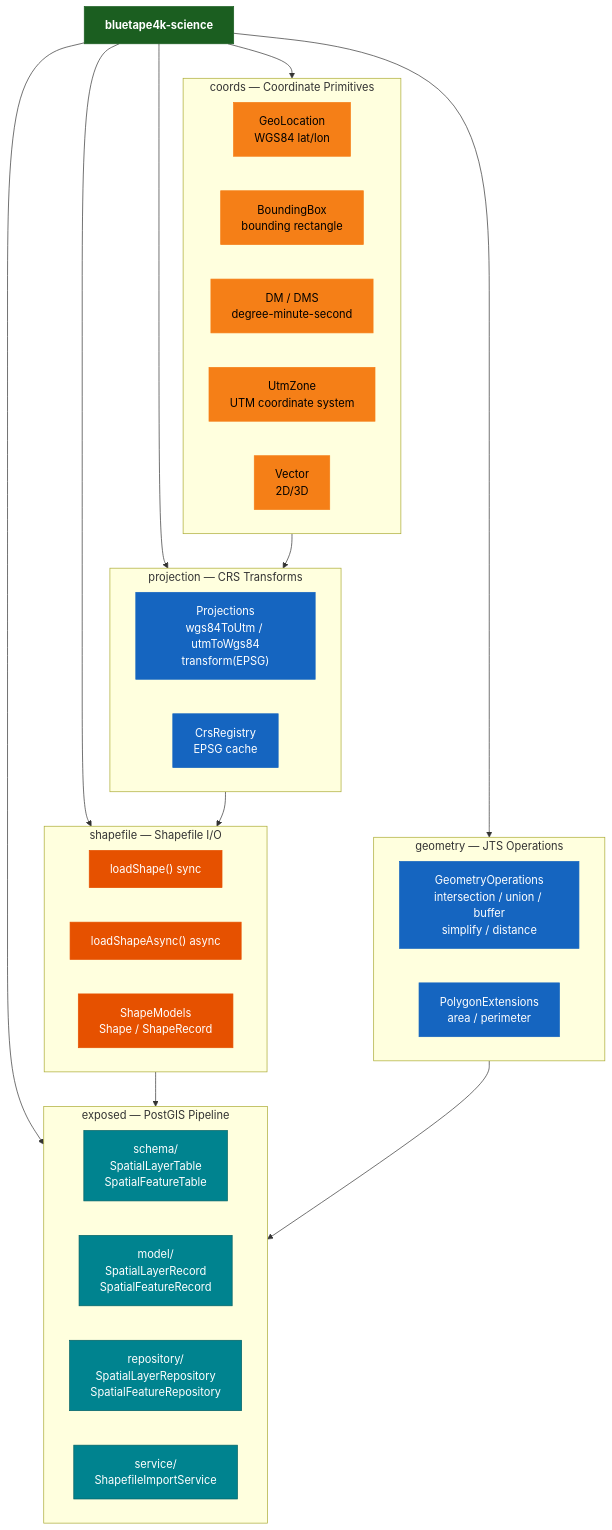
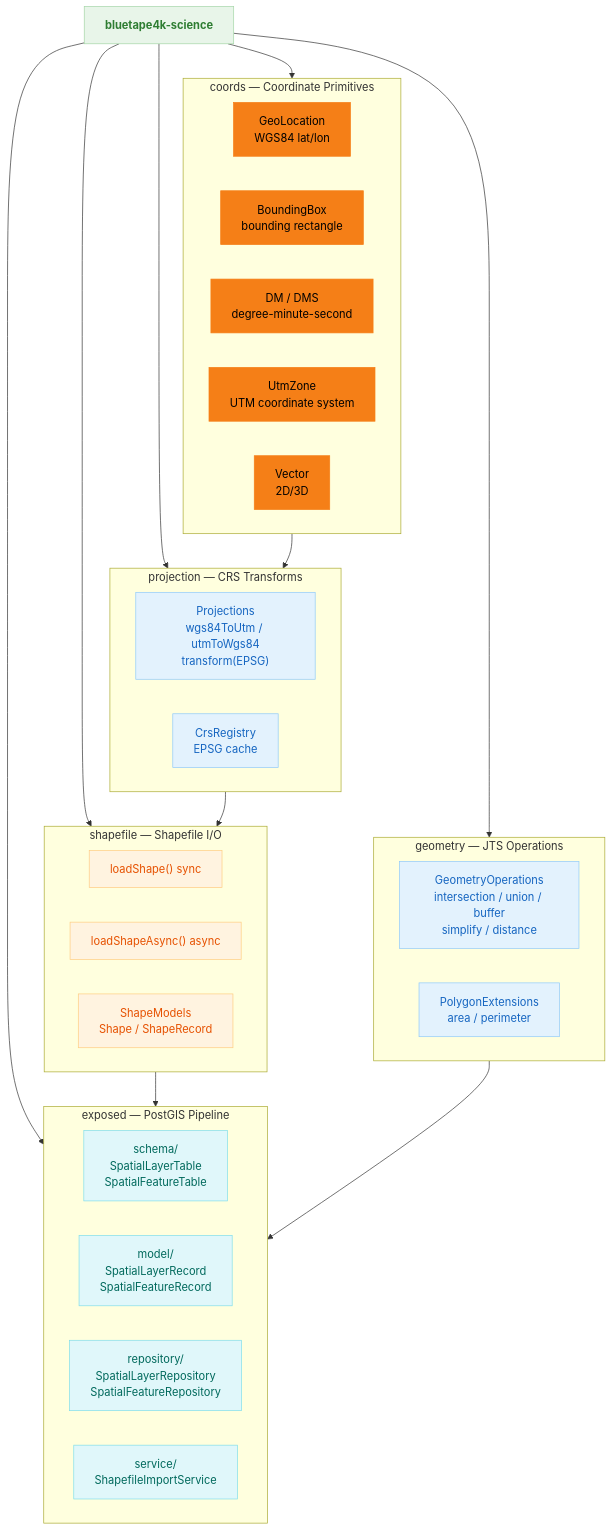
One commit to bluetape4k/bluetape4k-projects changed the first of 4 diagrams in utils/science/README.md. Above: the diagram before and after it, drawn with Mermaid. The commit also changed other lines of this file and 219 other files, not shown here.

First line of the commit message:
docs: 전체 README Mermaid 다이어그램 가이드 적용

````diff
--- a/utils/science/README.md
+++ b/utils/science/README.md
@@ -13,59 +13,59 @@
 ```mermaid
 flowchart TD
     Science["bluetape4k-science"]
 
     subgraph Coords["coords — Coordinate Primitives"]
         GeoLocation["GeoLocation\nWGS84 lat/lon"]
         BoundingBox["BoundingBox\nbounding rectangle"]
         DMS["DM / DMS\ndegree-minute-second"]
         UtmZone["UtmZone\nUTM coordinate system"]
         Vector["Vector\n2D/3D"]
     end
 
     subgraph Projection["projection — CRS Transforms"]
         Projections["Projections\nwgs84ToUtm / utmToWgs84\ntransform(EPSG)"]
         CrsRegistry["CrsRegistry\nEPSG cache"]
     end
 
     subgraph Shapefile["shapefile — Shapefile I/O"]
         LoadShape["loadShape() sync"]
         LoadShapeAsync["loadShapeAsync() async"]
         ShapeModels["ShapeModels\nShape / ShapeRecord"]
     end
 
     subgraph Geometry["geometry — JTS Operations"]
         GeomOps["GeometryOperations\nintersection / union / buffer\nsimplify / distance"]
         PolyExt["PolygonExtensions\narea / perimeter"]
     end
 
     subgraph Exposed["exposed — PostGIS Pipeline"]
         Schema["schema/\nSpatialLayerTable\nSpatialFeatureTable"]
         Models["model/\nSpatialLayerRecord\nSpatialFeatureRecord"]
         Repos["repository/\nSpatialLayerRepository\nSpatialFeatureRepository"]
         Service["service/\nShapefileImportService"]
     end
 
     Science --> Coords
     Science --> Projection
     Science --> Shapefile
     Science --> Geometry
     Science --> Exposed
 
     Coords --> Projection
     Projection --> Shapefile
     Shapefile --> Exposed
     Geometry --> Exposed
 
-    classDef coreStyle fill:#1B5E20,stroke:#1B5E20,color:#FFFFFF,font-weight:bold
-    classDef serviceStyle fill:#1565C0,stroke:#1565C0,color:#FFFFFF
-    classDef utilStyle fill:#E65100,stroke:#E65100,color:#FFFFFF
+    classDef coreStyle fill:#E8F5E9,stroke:#A5D6A7,color:#2E7D32,font-weight:bold
+    classDef serviceStyle fill:#E3F2FD,stroke:#90CAF9,color:#1565C0
+    classDef utilStyle fill:#FFF3E0,stroke:#FFCC80,color:#E65100
     classDef dataStyle fill:#F57F17,stroke:#F57F17,color:#000000
-    classDef dslStyle fill:#00838F,stroke:#006064,color:#FFFFFF
+    classDef dslStyle fill:#E0F7FA,stroke:#80DEEA,color:#00695C
 
     class Science coreStyle
     class GeoLocation,BoundingBox,DMS,UtmZone,Vector dataStyle
     class Projections,CrsRegistry serviceStyle
     class LoadShape,LoadShapeAsync,ShapeModels utilStyle
     class GeomOps,PolyExt serviceStyle
     class Schema,Models,Repos,Service dslStyle
 ```
````
